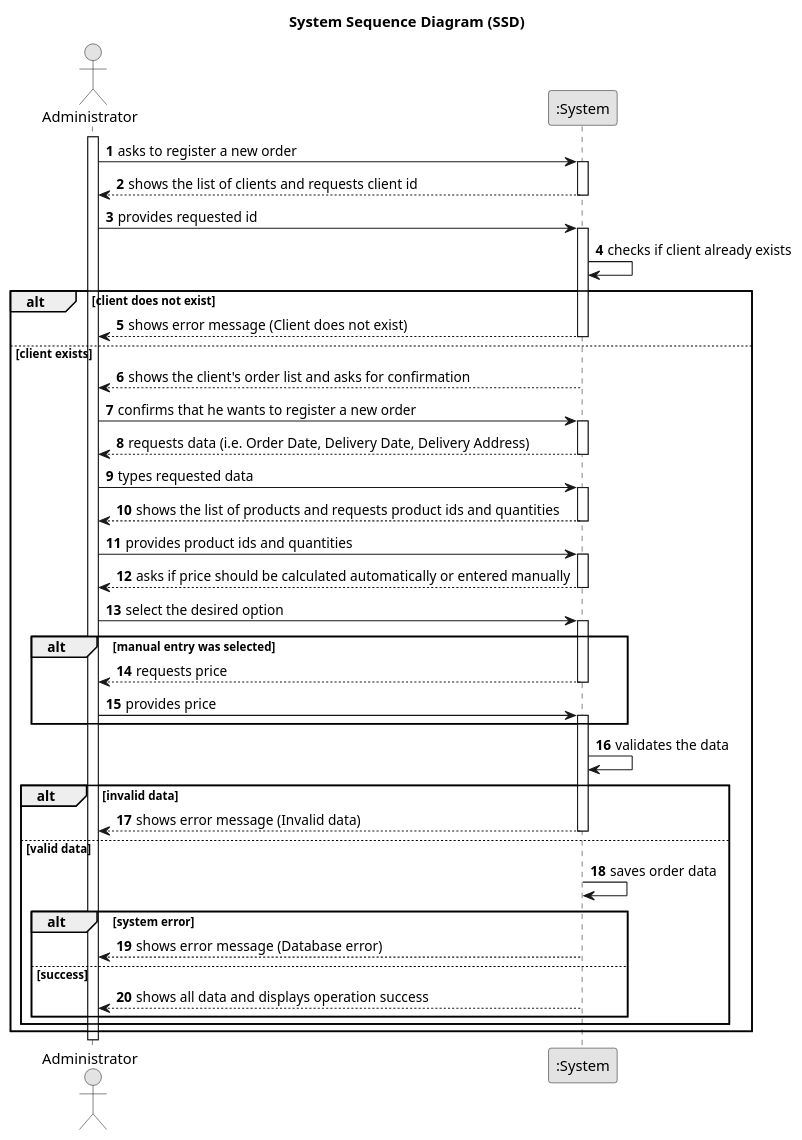
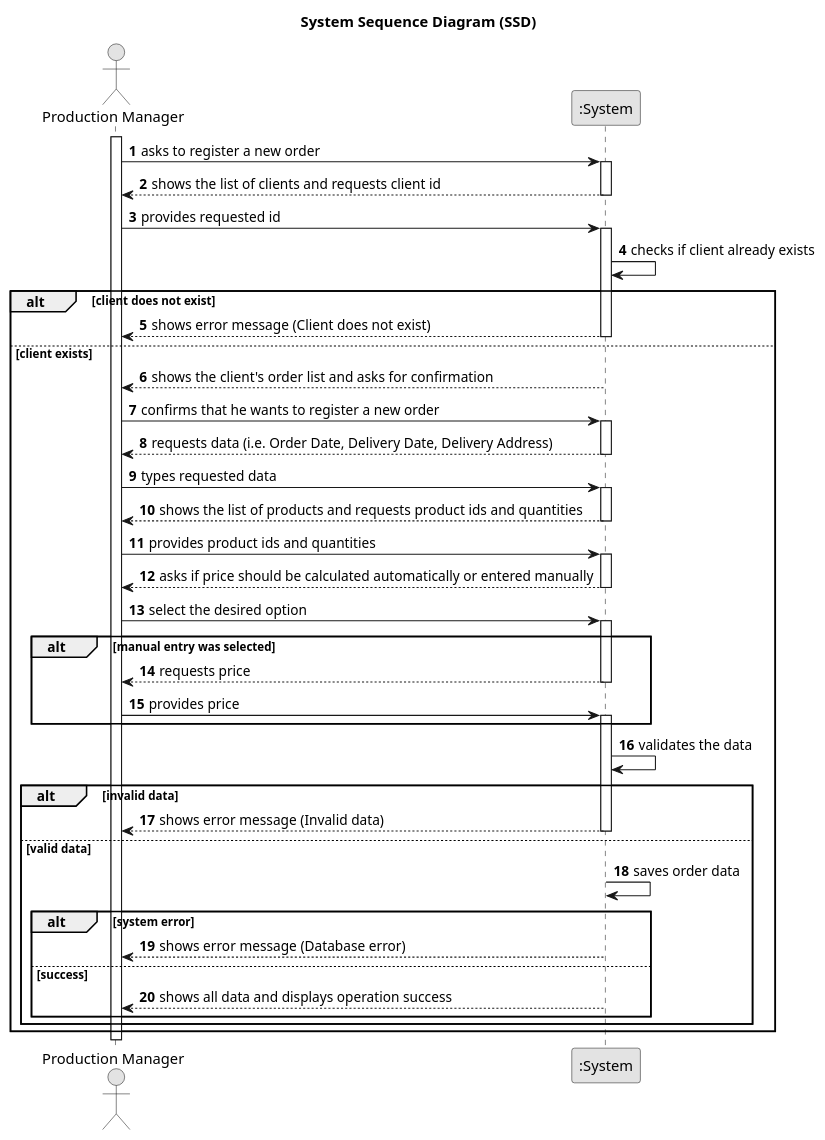
One commit to daniel41silva05/Production_Control_Industrial_ISEP changed the diagram in documentation/user-stories/us005/01.requirements-engineering/puml/us005-system-sequence-diagram.puml. Above: the diagram before and after it, drawn with PlantUML. The commit also changed 13 other files, not shown here.

```diff
--- a/documentation/user-stories/us005/01.requirements-engineering/puml/us005-system-sequence-diagram.puml
+++ b/documentation/user-stories/us005/01.requirements-engineering/puml/us005-system-sequence-diagram.puml
@@ -1,77 +1,77 @@
 @startuml
 skinparam monochrome true
 skinparam packageStyle rectangle
 skinparam shadowing false
 
 title System Sequence Diagram (SSD)
 
 autonumber
 
-actor "Administrator" as ADM
+actor "Production Manager" as PM
 participant ":System" as System
 
-activate ADM
+activate PM
 
-    ADM -> System : asks to register a new order
+    PM -> System : asks to register a new order
     activate System
 
-        System --> ADM : shows the list of clients and requests client id
+        System --> PM : shows the list of clients and requests client id
     deactivate System
 
-    ADM -> System : provides requested id
+    PM -> System : provides requested id
     activate System
 
     System -> System : checks if client already exists
         alt client does not exist
-                System --> ADM : shows error message (Client does not exist)
+                System --> PM : shows error message (Client does not exist)
             deactivate System
         else client exists
 
-        System --> ADM : shows the client's order list and asks for confirmation
+        System --> PM : shows the client's order list and asks for confirmation
     deactivate System
 
-    ADM -> System : confirms that he wants to register a new order
+    PM -> System : confirms that he wants to register a new order
     activate System
 
-        System --> ADM : requests data (i.e. Order Date, Delivery Date, Delivery Address)
+        System --> PM : requests data (i.e. Order Date, Delivery Date, Delivery Address)
     deactivate System
 
-    ADM -> System : types requested data
+    PM -> System : types requested data
     activate System
 
-        System --> ADM : shows the list of products and requests product ids and quantities
+        System --> PM : shows the list of products and requests product ids and quantities
     deactivate System
 
-    ADM -> System : provides product ids and quantities
+    PM -> System : provides product ids and quantities
     activate System
 
-        System --> ADM : asks if price should be calculated automatically or entered manually
+        System --> PM : asks if price should be calculated automatically or entered manually
     deactivate System
 
-    ADM -> System : select the desired option
+    PM -> System : select the desired option
     activate System
 
     alt manual entry was selected
-            System --> ADM : requests price
+            System --> PM : requests price
         deactivate System
 
-        ADM -> System : provides price
+        PM -> System : provides price
         activate System
     end
 
         System -> System : validates the data
         alt invalid data
-            System --> ADM : shows error message (Invalid data)
+            System --> PM : shows error message (Invalid data)
             deactivate System
         else valid data
                 System -> System : saves order data
                 alt system error
-                    System --> ADM : shows error message (Database error)
+                    System --> PM : shows error message (Database error)
                     deactivate System
                 else success
-                    System --> ADM : shows all data and displays operation success
+                    System --> PM : shows all data and displays operation success
                     deactivate System
                 end
             end
         end
 @enduml
```
